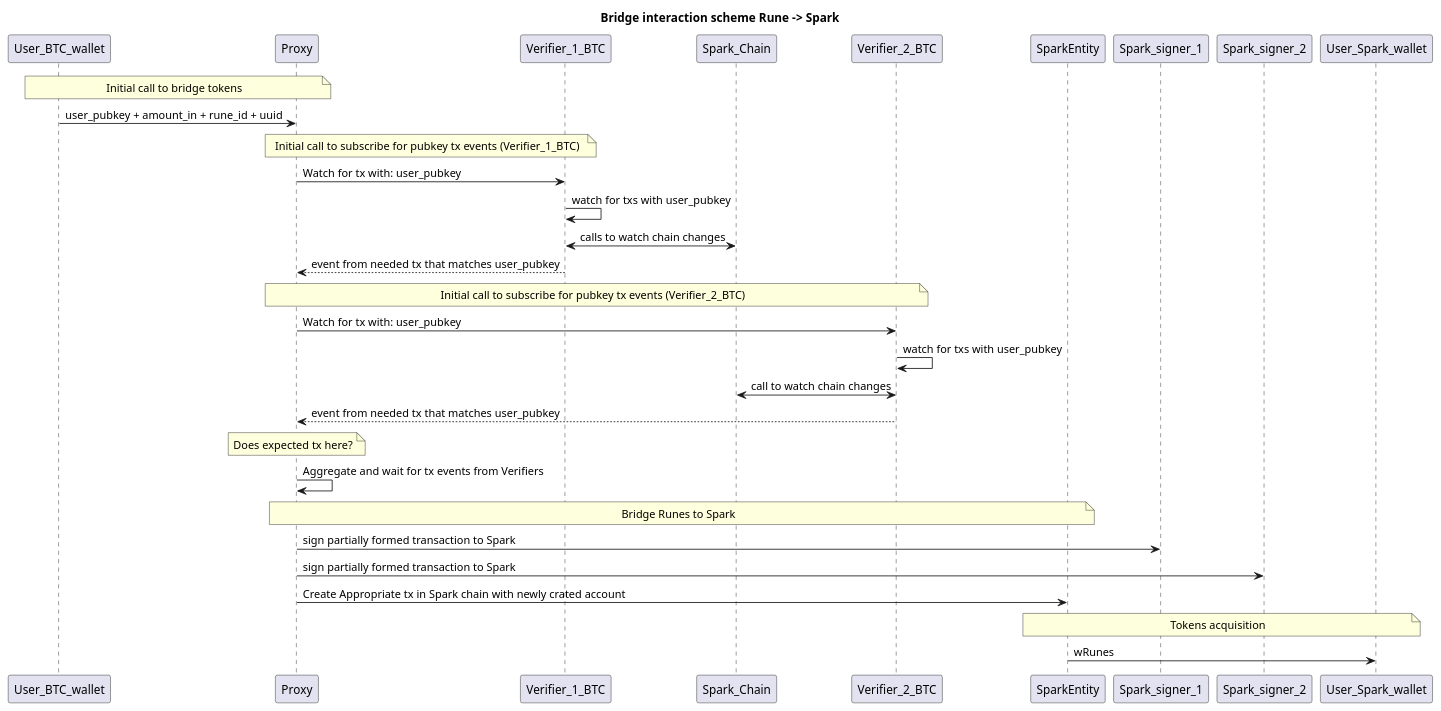
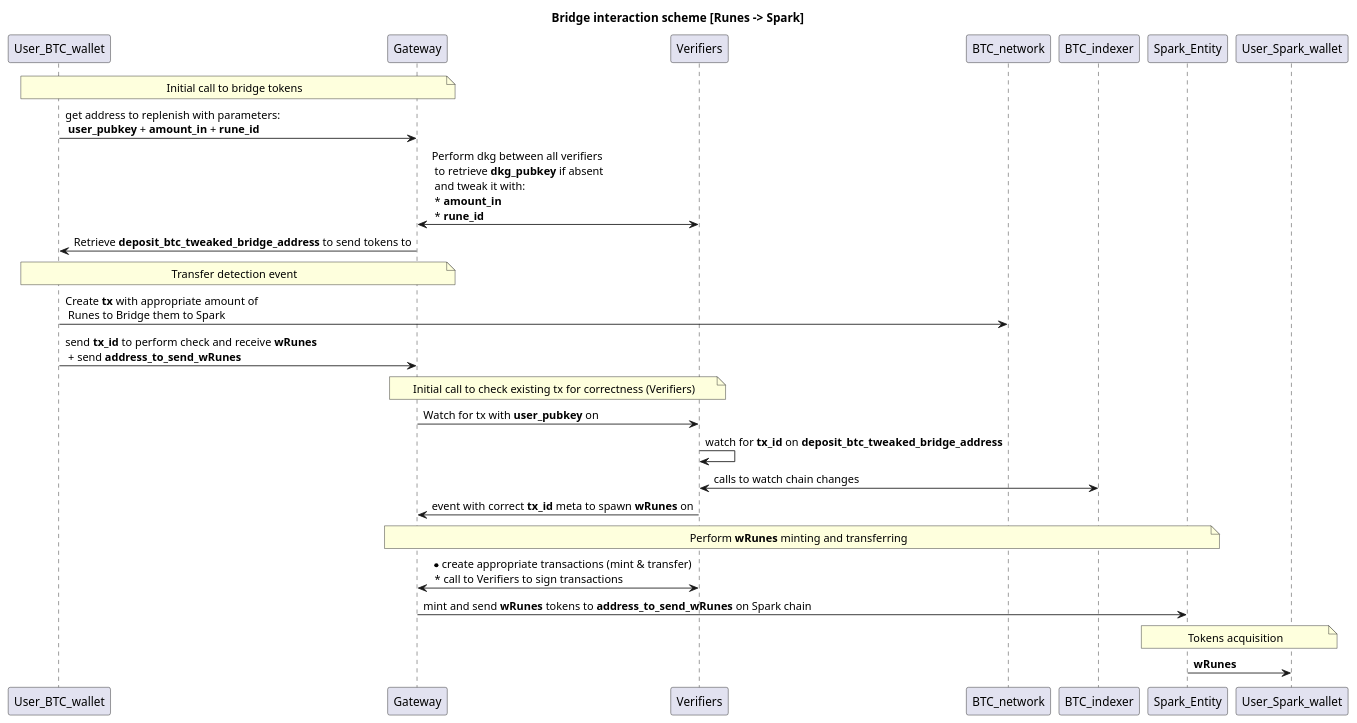
Before and after one commit to Sats-Terminal/spark-bridge-backend: the diagram in docs/runes_spark.puml, drawn with PlantUML. The commit also changed 1 other file, not shown here.

Commit message:
update uml diagrams

```diff
--- a/docs/runes_spark.puml
+++ b/docs/runes_spark.puml
@@ -1,34 +1,29 @@
 @startuml
 
 
-title Bridge interaction scheme Rune -> Spark
+title Bridge interaction scheme [Runes -> Spark]
 
-note over User_BTC_wallet,Proxy:Initial call to bridge tokens
-User_BTC_wallet->Proxy: user_pubkey + amount_in + rune_id + uuid
+note over User_BTC_wallet,Gateway:Initial call to bridge tokens
+User_BTC_wallet->Gateway: get address to replenish with parameters: \n **user_pubkey** + **amount_in** + **rune_id**
+Gateway<->Verifiers:Perform dkg between all verifiers \n to retrieve **dkg_pubkey** if absent \n and tweak it with: \n * **amount_in** \n * **rune_id**
+Gateway->User_BTC_wallet: Retrieve **deposit_btc_tweaked_bridge_address** to send tokens to
 
-note over Proxy,Verifier_1_BTC:Initial call to subscribe for pubkey tx events (Verifier_1_BTC)
+note over User_BTC_wallet,Gateway:Transfer detection event
+User_BTC_wallet->BTC_network: Create **tx** with appropriate amount of \n Runes to Bridge them to Spark
+User_BTC_wallet->Gateway: send **tx_id** to perform check and receive **wRunes** \n + send **address_to_send_wRunes**
 
-Proxy->Verifier_1_BTC:Watch for tx with: user_pubkey
-Verifier_1_BTC->Verifier_1_BTC: watch for txs with user_pubkey
-Verifier_1_BTC<->Spark_Chain: calls to watch chain changes
-Proxy<--Verifier_1_BTC: event from needed tx that matches user_pubkey
+note over Gateway,Verifiers:Initial call to check existing tx for correctness (Verifiers)
 
+Gateway->Verifiers:Watch for tx with **user_pubkey** on
+Verifiers->Verifiers: watch for **tx_id** on **deposit_btc_tweaked_bridge_address**
+Verifiers<->BTC_indexer: calls to watch chain changes
+Gateway<-Verifiers: event with correct **tx_id** meta to spawn **wRunes** on
 
-note over Proxy,Verifier_2_BTC:Initial call to subscribe for pubkey tx events (Verifier_2_BTC)
-Proxy->Verifier_2_BTC:Watch for tx with: user_pubkey
-Verifier_2_BTC->Verifier_2_BTC: watch for txs with user_pubkey
-Verifier_2_BTC<->Spark_Chain: call to watch chain changes
-Proxy<--Verifier_2_BTC: event from needed tx that matches user_pubkey
+note over Gateway,Spark_Entity:Perform **wRunes** minting and transferring
+Gateway<->Verifiers: * create appropriate transactions (mint & transfer) \n * call to Verifiers to sign transactions
+Gateway->Spark_Entity: mint and send **wRunes** tokens to **address_to_send_wRunes** on Spark chain
 
-note over Proxy:Does expected tx here?
-Proxy->Proxy: Aggregate and wait for tx events from Verifiers
-
-note over Proxy,SparkEntity:Bridge Runes to Spark
-Proxy->Spark_signer_1: sign partially formed transaction to Spark
-Proxy->Spark_signer_2: sign partially formed transaction to Spark
-Proxy->SparkEntity: Create Appropriate tx in Spark chain with newly crated account
-
-note over User_Spark_wallet, SparkEntity: Tokens acquisition
-User_Spark_wallet<-SparkEntity: wRunes
+note over User_Spark_wallet, Spark_Entity: Tokens acquisition
+User_Spark_wallet<-Spark_Entity: **wRunes**
 
 @enduml
```
